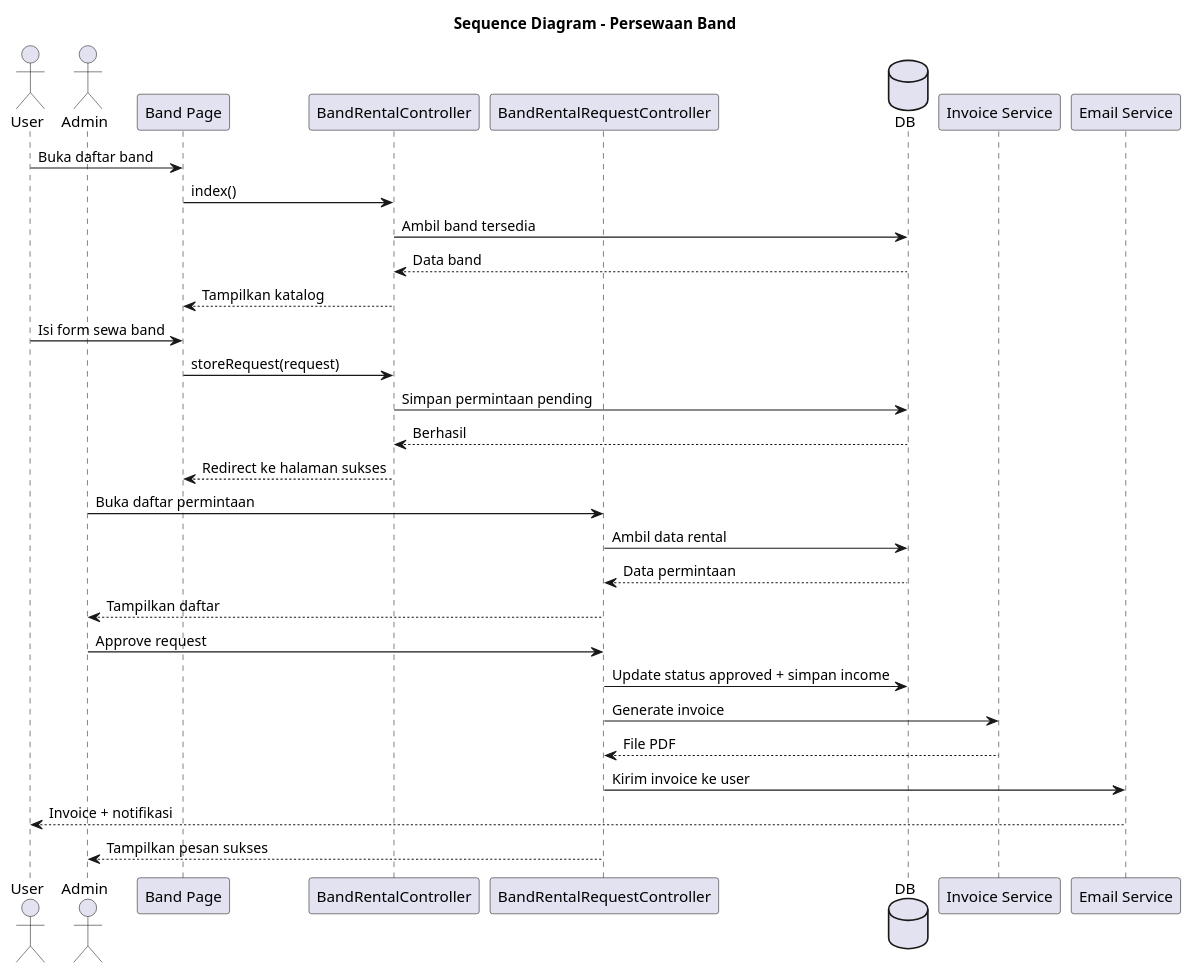
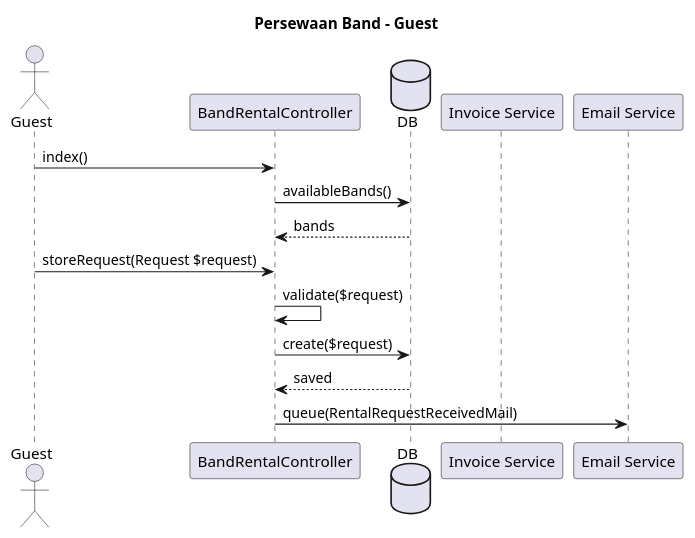
One commit to RizkyFahrizal/satpals-project changed the diagram in docs/sequence-diagrams/iterasi-2/04-persewaan-band-seq.puml. Above: the diagram before and after it, drawn with PlantUML. The commit also changed 40 other files, not shown here.

```diff
--- a/docs/sequence-diagrams/iterasi-2/04-persewaan-band-seq.puml
+++ b/docs/sequence-diagrams/iterasi-2/04-persewaan-band-seq.puml
@@ -1,39 +1,20 @@
-@startuml Persewaan_Band_Sequence
+@startuml persewaan-band-guest
+title Persewaan Band - Guest
 
-title Sequence Diagram - Persewaan Band
-
-actor User
-actor Admin
-participant "Band Page" as View
-participant "BandRentalController" as PublicController
-participant "BandRentalRequestController" as AdminController
+actor Guest
+participant "BandRentalController" as Controller
 database DB
 participant "Invoice Service" as Invoice
 participant "Email Service" as Mail
 
-User -> View: Buka daftar band
-View -> PublicController: index()
-PublicController -> DB: Ambil band tersedia
-DB --> PublicController: Data band
-PublicController --> View: Tampilkan katalog
+Guest -> Controller: index()
+Controller -> DB: availableBands()
+DB --> Controller: bands
 
-User -> View: Isi form sewa band
-View -> PublicController: storeRequest(request)
-PublicController -> DB: Simpan permintaan pending
-DB --> PublicController: Berhasil
-PublicController --> View: Redirect ke halaman sukses
-
-Admin -> AdminController: Buka daftar permintaan
-AdminController -> DB: Ambil data rental
-DB --> AdminController: Data permintaan
-AdminController --> Admin: Tampilkan daftar
-
-Admin -> AdminController: Approve request
-AdminController -> DB: Update status approved + simpan income
-AdminController -> Invoice: Generate invoice
-Invoice --> AdminController: File PDF
-AdminController -> Mail: Kirim invoice ke user
-Mail --> User: Invoice + notifikasi
-AdminController --> Admin: Tampilkan pesan sukses
+Guest -> Controller: storeRequest(Request $request)
+Controller -> Controller: validate($request)
+Controller -> DB: create($request)
+DB --> Controller: saved
+Controller -> Mail: queue(RentalRequestReceivedMail)
 
 @enduml
```
